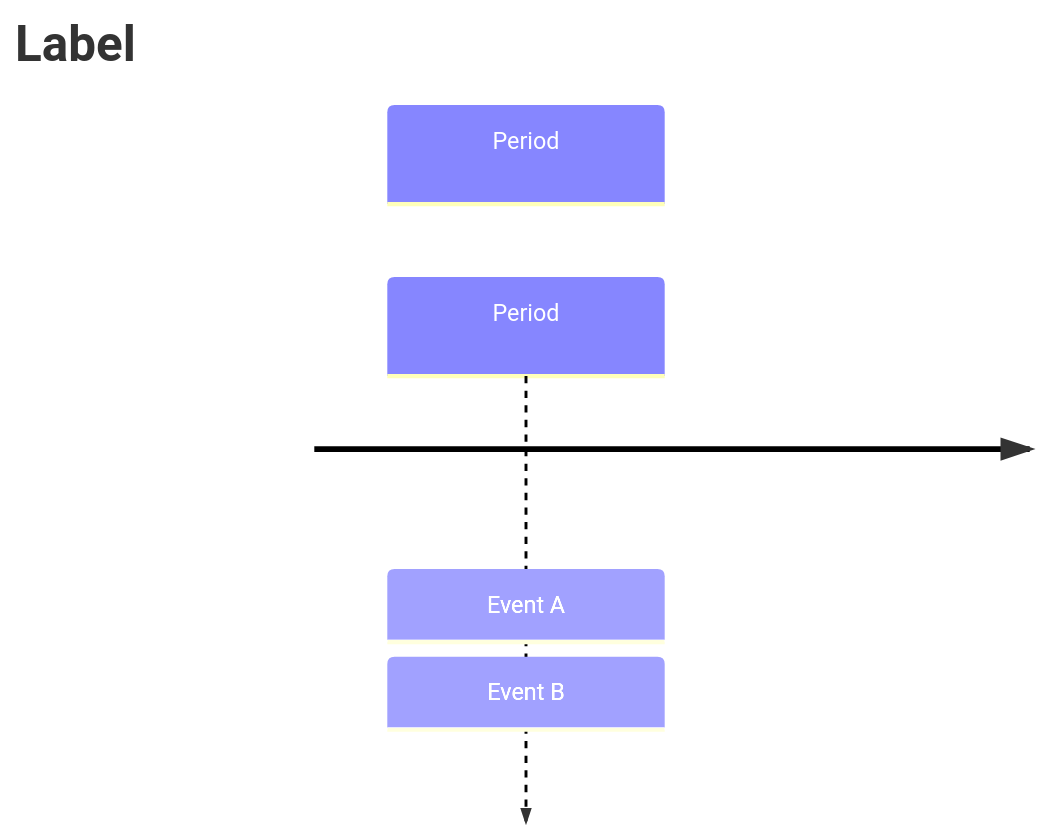
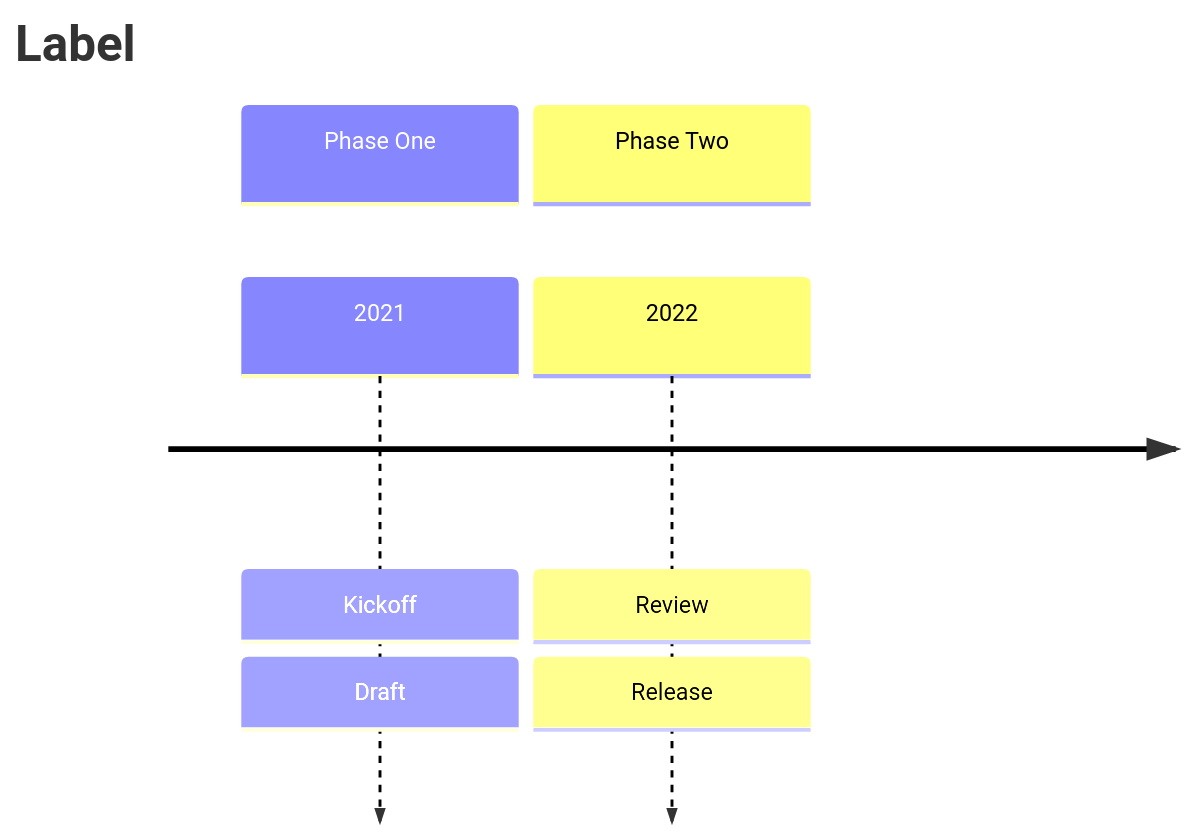
One commit to bsamiee/Rasm changed diagram 15 of 21 in .claude/skills/mermaid-diagramming/references/syntax-extended.md. Above: the diagram before and after it, drawn with Mermaid. The commit also changed other lines of this file and 27 other files, not shown here.

````diff
--- a/.claude/skills/mermaid-diagramming/references/syntax-extended.md
+++ b/.claude/skills/mermaid-diagramming/references/syntax-extended.md
@@ -227,6 +334,8 @@
 ```mermaid
 timeline
   title Label
-  section Period
-  Period : Event A : Event B
+  section Phase One
+    2021 : Kickoff : Draft
+  section Phase Two
+    2022 : Review : Release
 ```
````
